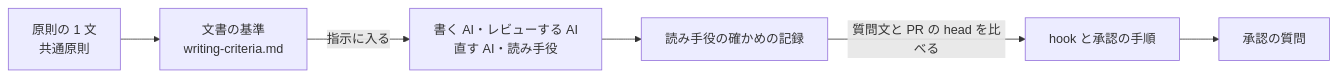
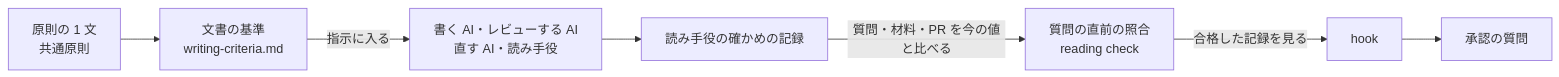
Before and after one commit to devbasex/ai-plugins: the second of 2 diagrams in issues/issue-4285-design.md, drawn with Mermaid. The commit also changed other lines of this file and 1 other file, not shown here.

````diff
--- a/issues/issue-4285-design.md
+++ b/issues/issue-4285-design.md
@@ -38,8 +38,9 @@
 ```mermaid
 flowchart LR
     P["原則の 1 文<br/>共通原則"] --> R["文書の基準<br/>writing-criteria.md"]
     R -->|指示に入る| W["書く AI・レビューする AI<br/>直す AI・読み手役"]
     W --> K["読み手役の確かめの記録"]
-    K -->|質問文と PR の head を比べる| H["hook と承認の手順"]
+    K -->|質問・材料・PR を今の値と比べる| C["質問の直前の照合<br/>reading check"]
+    C -->|合格した記録を見る| H["hook"]
     H --> Q["承認の質問"]
 ```
````
